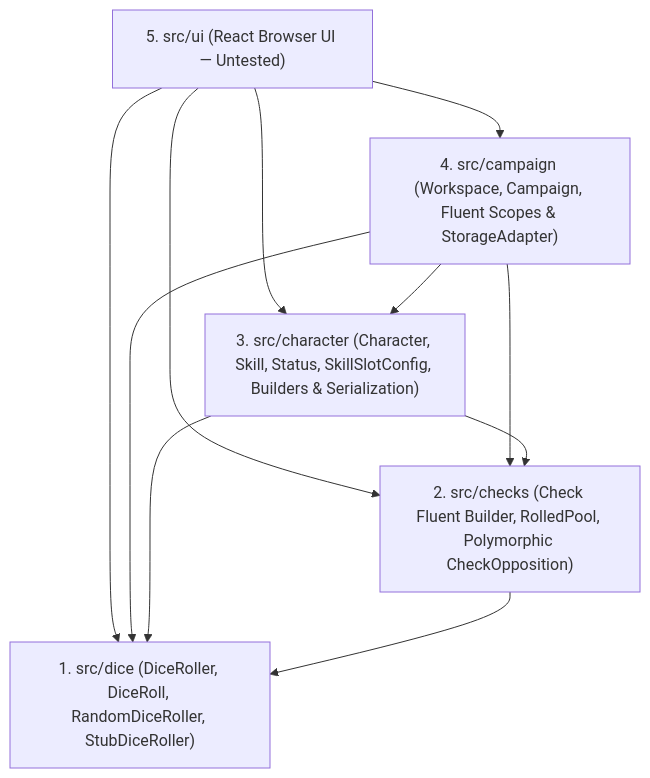
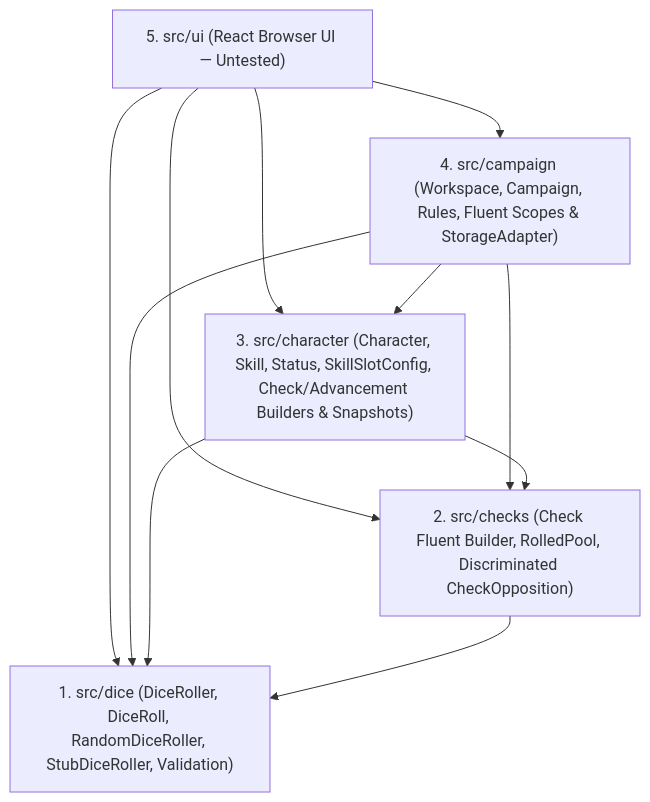
One commit to wlindley/roll-for-shoes changed the diagram in docs/architecture.md. Above: the diagram before and after it, drawn with Mermaid. The commit also changed other lines of this file and 14 other files, not shown here.

Commit message:
docs: sync architecture, interfaces, test cases, and module READMEs with refactored APIs

````diff
--- a/docs/architecture.md
+++ b/docs/architecture.md
@@ -15,22 +15,22 @@
 ```mermaid
 flowchart TD
     UI["5. src/ui (React Browser UI — Untested)"]
-    CMP["4. src/campaign (Workspace, Campaign, Fluent Scopes & StorageAdapter)"]
-    CHR["3. src/character (Character, Skill, Status, SkillSlotConfig, Builders & Serialization)"]
-    CHK["2. src/checks (Check Fluent Builder, RolledPool, Polymorphic CheckOpposition)"]
-    DICE["1. src/dice (DiceRoller, DiceRoll, RandomDiceRoller, StubDiceRoller)"]
+    CMP["4. src/campaign (Workspace, Campaign, Rules, Fluent Scopes & StorageAdapter)"]
+    CHR["3. src/character (Character, Skill, Status, SkillSlotConfig, Check/Advancement Builders & Snapshots)"]
+    CHK["2. src/checks (Check Fluent Builder, RolledPool, Discriminated CheckOpposition)"]
+    DICE["1. src/dice (DiceRoller, DiceRoll, RandomDiceRoller, StubDiceRoller, Validation)"]
 
     UI --> CMP
     UI --> CHR
     UI --> CHK
     UI --> DICE
 
     CMP --> CHR
     CMP --> CHK
     CMP --> DICE
 
     CHR --> CHK
     CHR --> DICE
 
     CHK --> DICE
 ```
````
